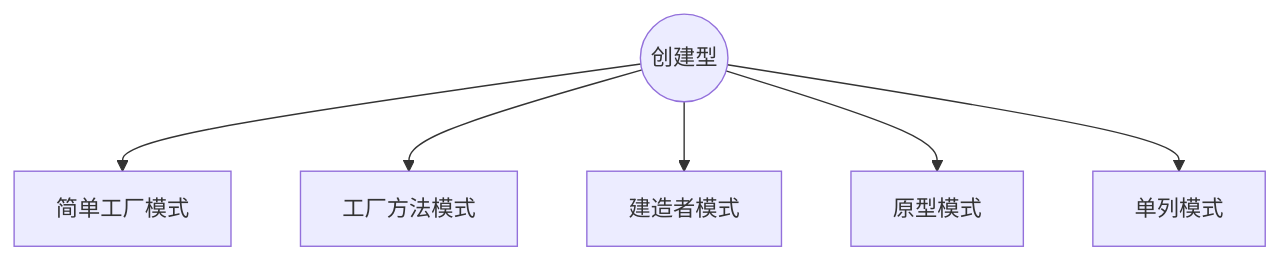
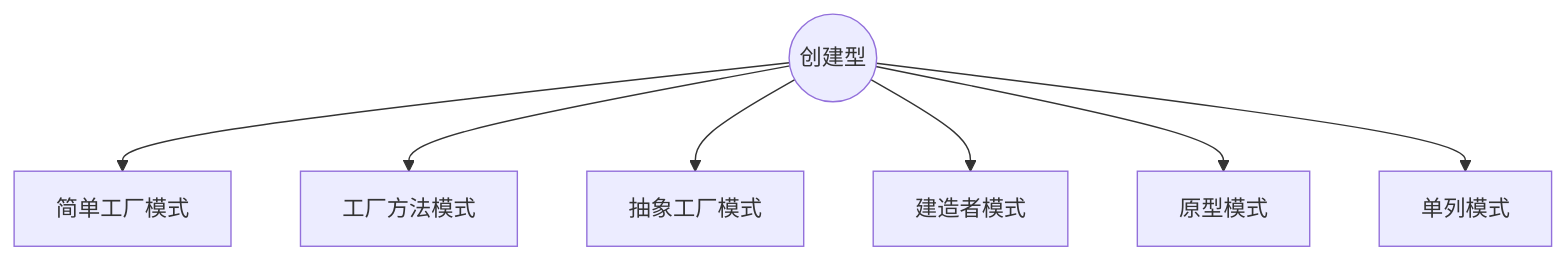
One commit to kangduu/Javascript-Design-Pattern changed the first of 5 diagrams in README.md. Above: the diagram before and after it, drawn with Mermaid. The commit also changed other lines of this file, not shown here.

````diff
--- a/README.md
+++ b/README.md
@@ -5,10 +5,11 @@
 ```mermaid
 graph TB
 
 A((创建型))
 	A --> a1[简单工厂模式]
 	A --> a2[工厂方法模式]
+	A --> a6[抽象工厂模式]
 	A --> a3[建造者模式]
 	A --> a4[原型模式]
 	A --> a5[单列模式]
 ```
````
